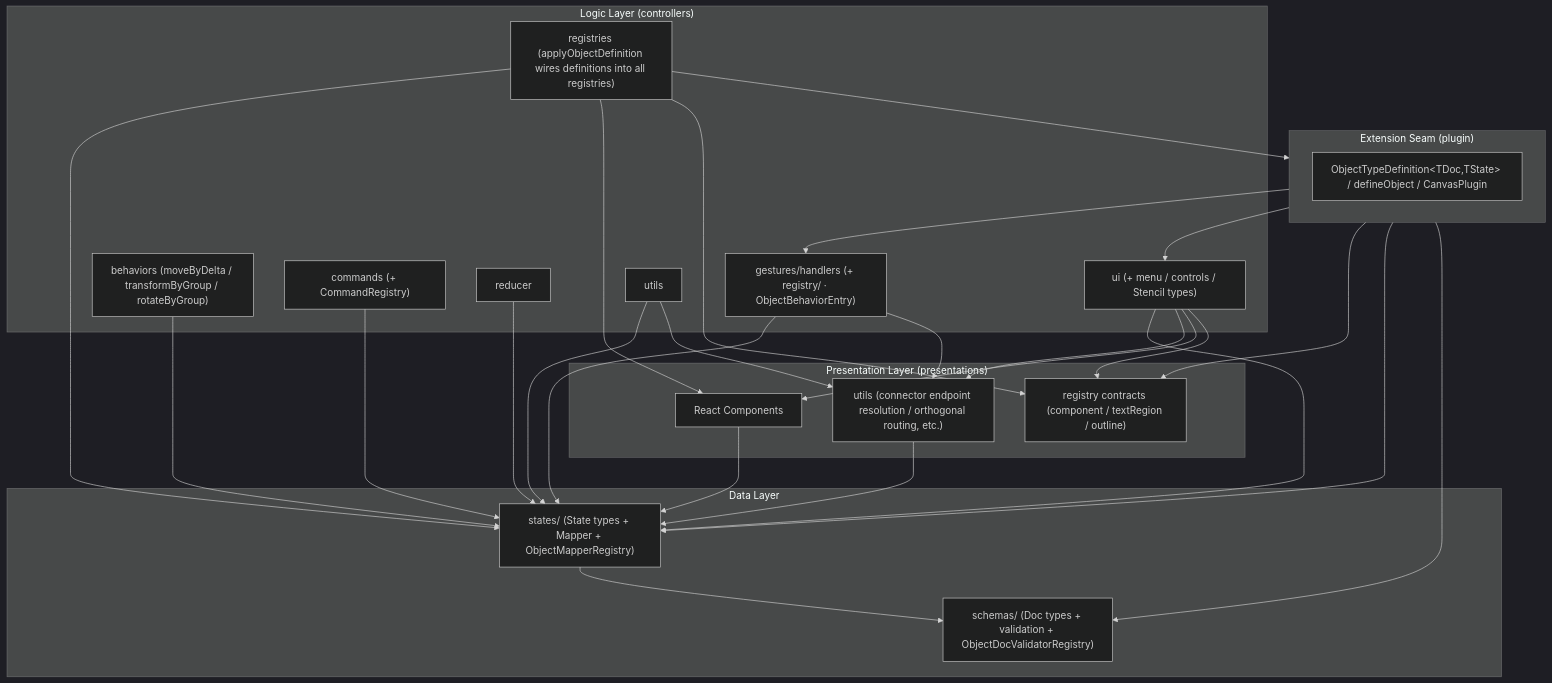
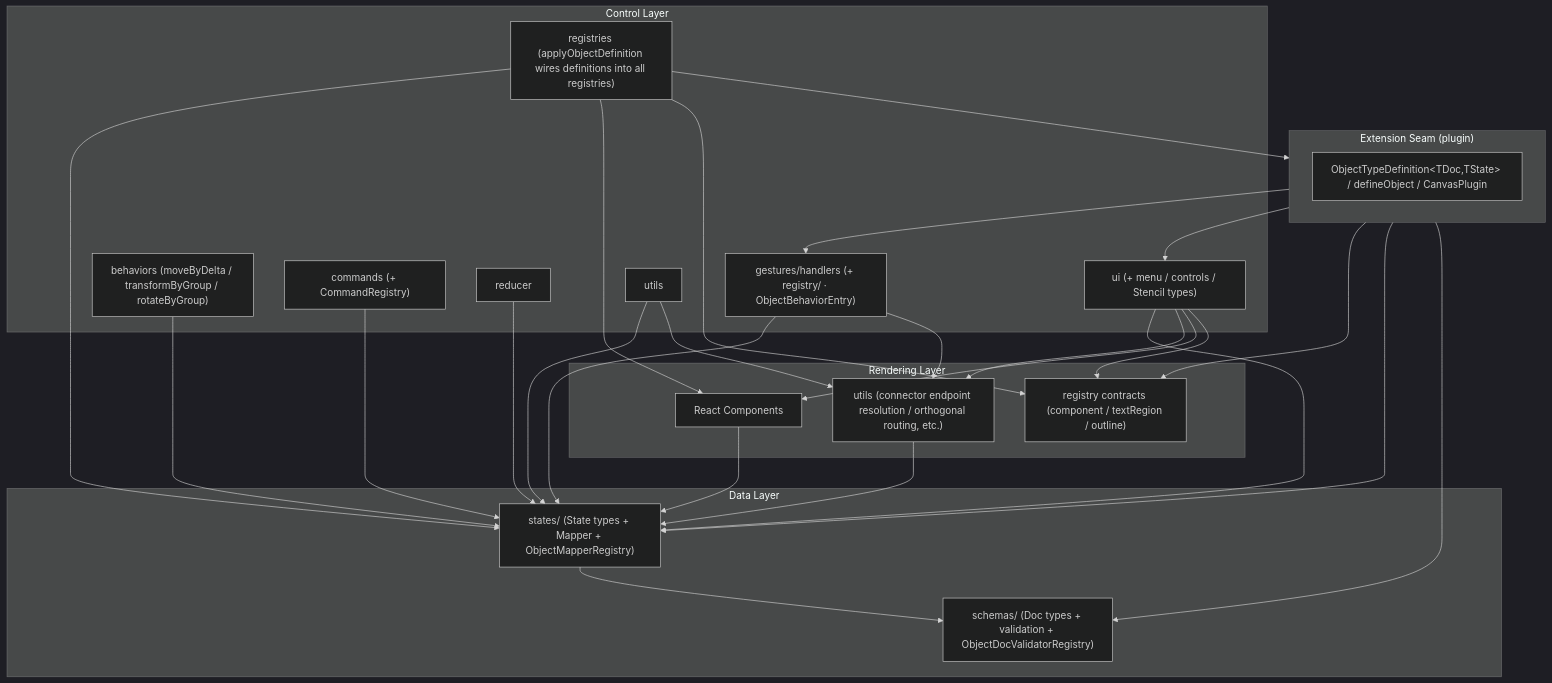
One commit to gznnk/jiscribe changed the diagram in packages/canvas/docs/02-architecture.md. Above: the diagram before and after it, drawn with Mermaid (dark theme). The commit also changed other lines of this file and 244 other files, not shown here.

First line of the commit message:
refactor(canvas): presentations を rendering にリネームし、層名を描画層/制御層へ統一する

````diff
--- a/packages/canvas/docs/02-architecture.md
+++ b/packages/canvas/docs/02-architecture.md
@@ -118,51 +121,51 @@
 ```mermaid
 graph TD
-    subgraph Plugin["Extension Seam (plugin)"]
-        PluginVocab["ObjectTypeDefinition&lt;TDoc,TState&gt; / defineObject / CanvasPlugin"]
-    end
-    subgraph Presentations["Presentation Layer (presentations)"]
-        PresentationComponents["React Components"]
-        PresentationUtils["utils (connector endpoint resolution / orthogonal routing, etc.)"]
-        PresentationRegistryTypes["registry contracts (component / textRegion / outline)"]
-    end
-    subgraph Controllers["Logic Layer (controllers)"]
+    subgraph Controllers["Control Layer"]
         Gestures["gestures/handlers (+ registry/ · ObjectBehaviorEntry)"]
         Behaviors["behaviors (moveByDelta / transformByGroup / rotateByGroup)"]
         Commands["commands (+ CommandRegistry)"]
         Reducer["reducer"]
         UI["ui (+ menu / controls / Stencil types)"]
         CtrlUtils["utils"]
         Registries["registries (applyObjectDefinition wires definitions into all registries)"]
     end
+    subgraph Rendering["Rendering Layer"]
+        RenderingComponents["React Components"]
+        RenderingUtils["utils (connector endpoint resolution / orthogonal routing, etc.)"]
+        RenderingRegistryTypes["registry contracts (component / textRegion / outline)"]
+    end
     subgraph States["Data Layer"]
         StatesTypes["states/ (State types + Mapper + ObjectMapperRegistry)"]
         SchemasTypes["schemas/ (Doc types + validation + ObjectDocValidatorRegistry)"]
     end
+    subgraph Plugin["Extension Seam (plugin)"]
+        PluginVocab["ObjectTypeDefinition&lt;TDoc,TState&gt; / defineObject / CanvasPlugin"]
+    end
 
-    PresentationComponents --> StatesTypes
-    PresentationUtils --> StatesTypes
+    RenderingComponents --> StatesTypes
+    RenderingUtils --> StatesTypes
     Gestures --> StatesTypes
     Behaviors --> StatesTypes
     Commands --> StatesTypes
     Reducer --> StatesTypes
     UI --> StatesTypes
     CtrlUtils --> StatesTypes
     Registries --> StatesTypes
-    Gestures --> PresentationUtils
-    CtrlUtils --> PresentationUtils
-    UI --> PresentationUtils
-    UI --> PresentationComponents
-    UI --> PresentationRegistryTypes
-    Registries --> PresentationComponents
-    Registries --> PresentationRegistryTypes
+    Gestures --> RenderingUtils
+    CtrlUtils --> RenderingUtils
+    UI --> RenderingUtils
+    UI --> RenderingComponents
+    UI --> RenderingRegistryTypes
+    Registries --> RenderingComponents
+    Registries --> RenderingRegistryTypes
     StatesTypes --> SchemasTypes
 
     %% plugin aggregates the type contract of every layer; registries consumes it.
     %% Registries -> Plugin plus Plugin -> Gestures/UI = controllers <-> plugin.
     Registries --> Plugin
     Plugin --> Gestures
     Plugin --> UI
-    Plugin --> PresentationRegistryTypes
+    Plugin --> RenderingRegistryTypes
     Plugin --> StatesTypes
     Plugin --> SchemasTypes
 ```
````
